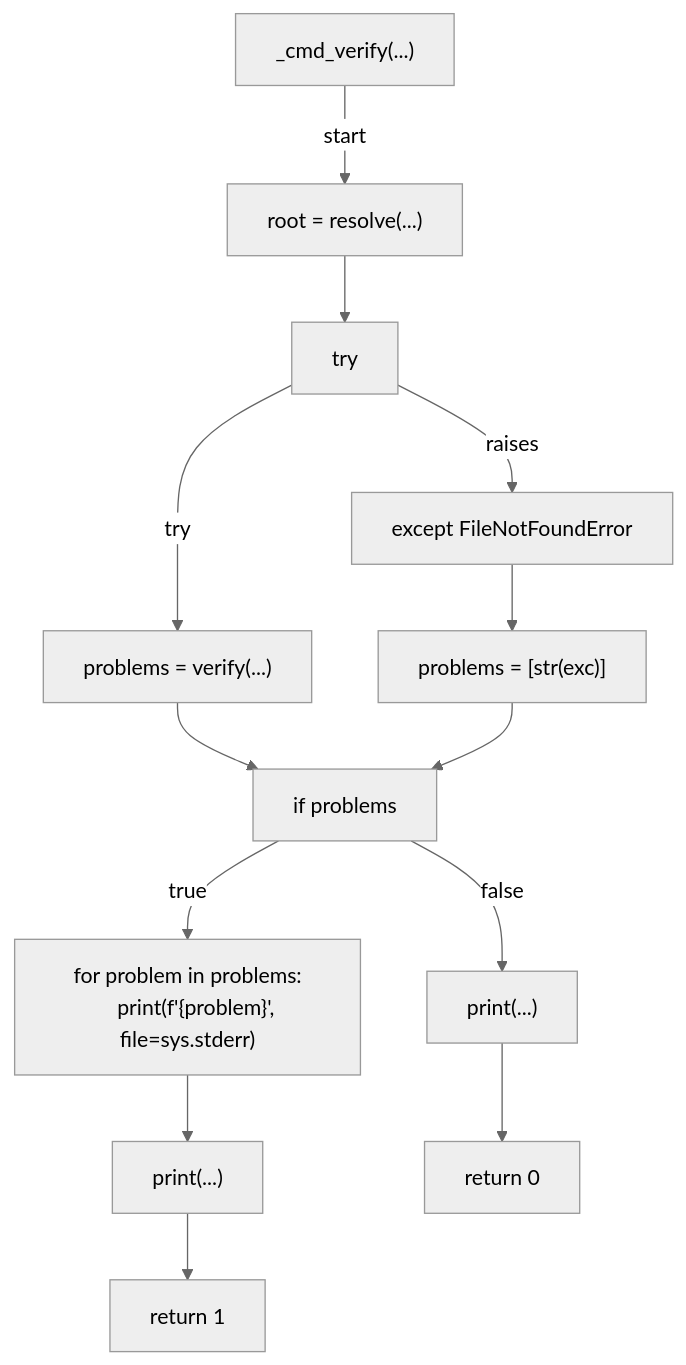
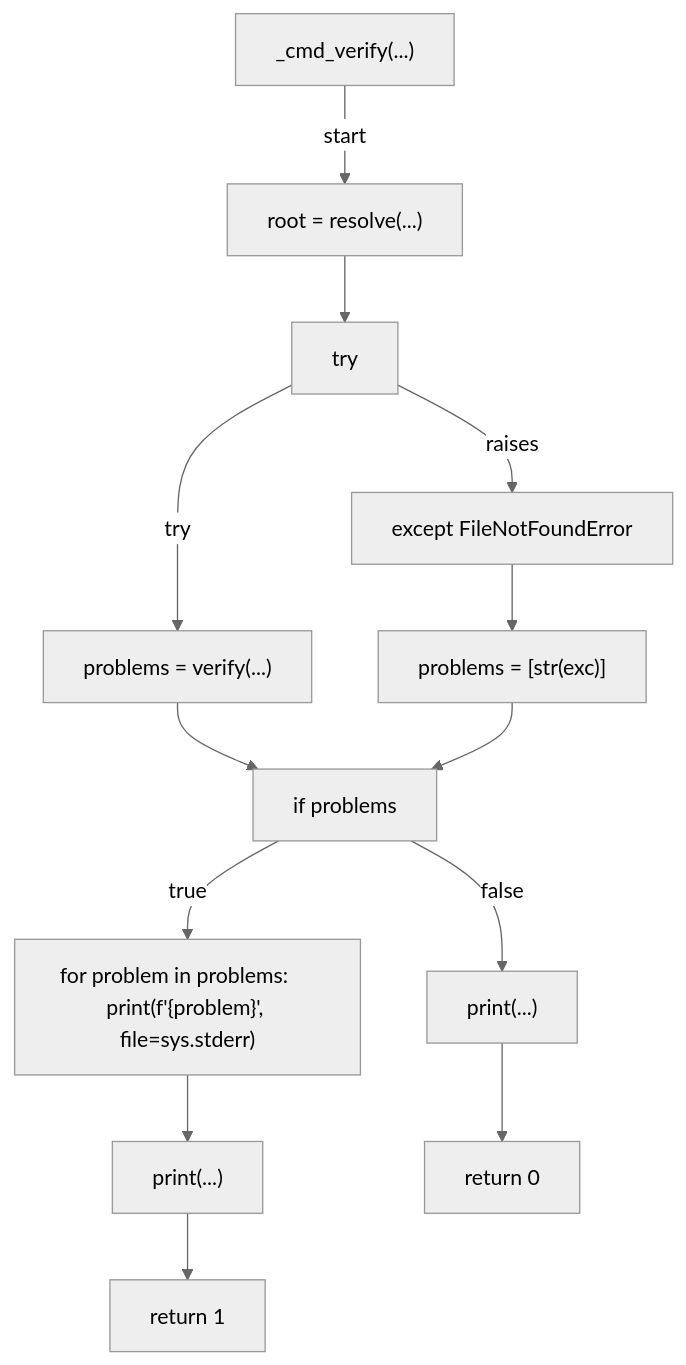
Before and after one commit to tvna/claude-md: diagram 11 of 13 in docs/generated/scripts/ast/verify_apm_checksums.md, drawn with Mermaid (neutral theme). The commit also changed other lines of this file and 15 other files, not shown here.

First line of the commit message:
docs(generated): regenerate decision tree and workflow diagrams (batch 5/5)

````diff
--- a/docs/generated/scripts/ast/verify_apm_checksums.md
+++ b/docs/generated/scripts/ast/verify_apm_checksums.md
@@ -180,28 +151,27 @@
 ```mermaid
 flowchart TD
     N001["_cmd_verify(...)"]
     N002["root = resolve(...)"]
     N003["try"]
     N004["problems = verify(...)"]
     N005["except FileNotFoundError"]
     N006["problems = [str(exc)]"]
     N007["if problems"]
-    N008["for problem in problems:
-    print(f'<str>{problem}', file=sys.stderr)"]
+    N008["for problem in problems:     print(f'<str>{problem}', file=sys.stderr)"]
     N009["print(...)"]
     N010["return 1"]
     N011["print(...)"]
     N012["return 0"]
     N001 -->|"start"| N002
     N002 --> N003
     N003 -->|"try"| N004
     N003 -->|"raises"| N005
     N005 --> N006
     N004 --> N007
     N006 --> N007
     N007 -->|"true"| N008
     N008 --> N009
     N009 --> N010
     N007 -->|"false"| N011
     N011 --> N012
 ```
````
